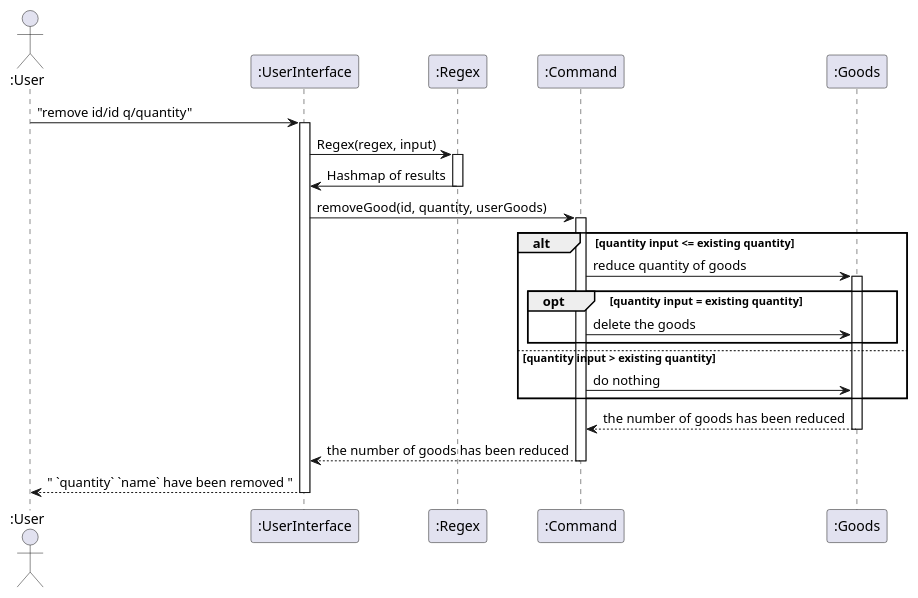
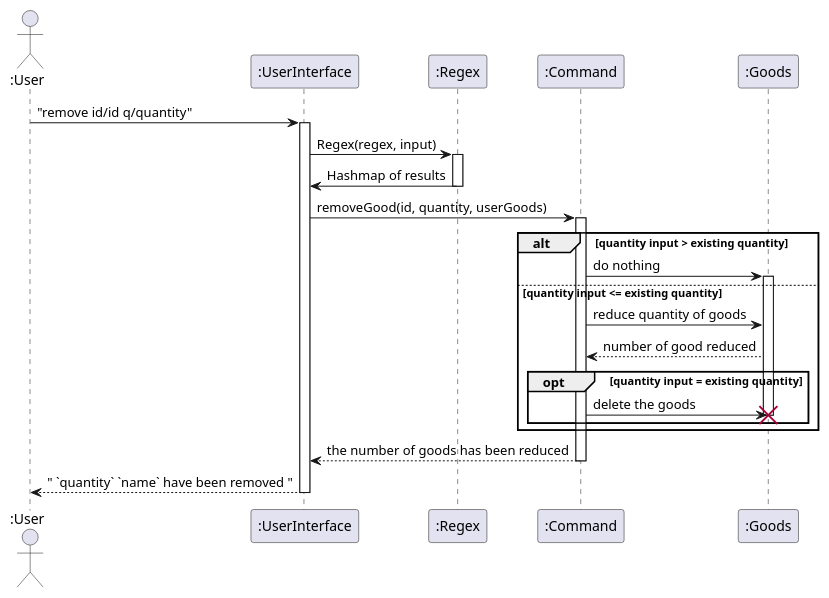
The diagram in docs/diagrams/removeGood.puml (nus-cs2113-AY2122S2/tp), drawn with PlantUML before and after one commit.

Commit message:
Update removeGood sequence diagram

```diff
--- a/docs/diagrams/removeGood.puml
+++ b/docs/diagrams/removeGood.puml
@@ -1,27 +1,28 @@
 @startuml
 'https://plantuml.com/sequence-diagram
 
 Actor ":User" as user
 participant ":UserInterface" as ui
 participant ":Regex" as regex
 participant ":Command" as command
 participant ":Goods" as good
 
 user -> ui ++ : "remove id/id q/quantity"
 
 ui -> regex  ++: Regex(regex, input)
 regex -> ui -- : Hashmap of results
 
 ui -> command ++ : removeGood(id, quantity, userGoods)
-alt quantity input <= existing quantity
-    command -> good ++ : reduce quantity of goods
-    opt quantity input = existing quantity
-        command -> good : delete the goods
-    end
-else quantity input > existing quantity
-    command -> good : do nothing
+alt quantity input > existing quantity
+    command -> good ++: do nothing
+else quantity input <= existing quantity
+    command -> good : reduce quantity of goods
+    good --> command: number of good reduced
+        opt quantity input = existing quantity
+            command -> good : delete the goods
+            destroy good
+        end
 end
-good --> command -- : the number of goods has been reduced
 command --> ui -- : the number of goods has been reduced
 ui --> user --: " `quantity` `name` have been removed "
 @enduml
```
